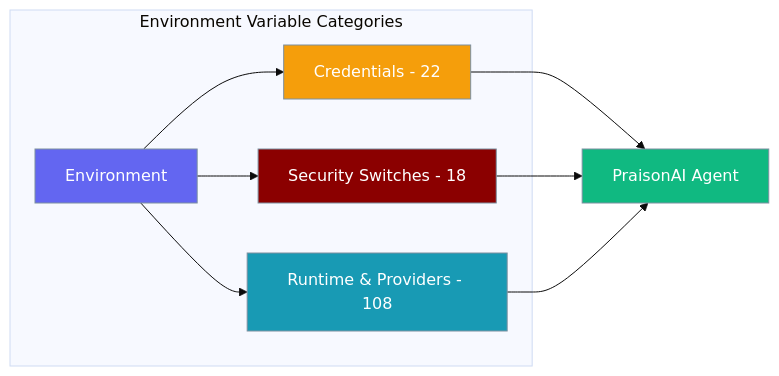
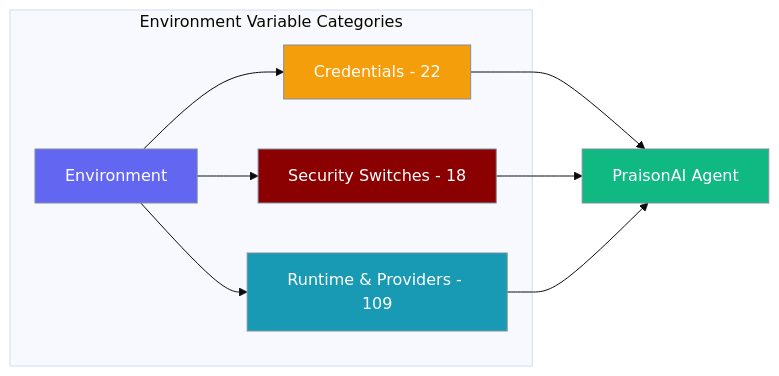
Before and after one commit to MervinPraison/PraisonAIDocs: the diagram in docs/features/environment-variables.mdx, drawn with Mermaid (base theme). The commit also changed other lines of this file, not shown here.

````diff
--- a/docs/features/environment-variables.mdx
+++ b/docs/features/environment-variables.mdx
@@ -24,24 +24,24 @@
 ```mermaid
 graph LR
     subgraph "Environment Variable Categories"
         Env[Environment] --> Creds[Credentials - 22]
         Env --> Sec[Security Switches - 18]
-        Env --> Runtime[Runtime & Providers - 108]
+        Env --> Runtime[Runtime & Providers - 109]
     end
 
     Creds --> Agent[PraisonAI Agent]
     Sec --> Agent
     Runtime --> Agent
 
     classDef env fill:#6366F1,stroke:#7C90A0,color:#fff
     classDef creds fill:#F59E0B,stroke:#7C90A0,color:#fff
     classDef sec fill:#8B0000,stroke:#7C90A0,color:#fff
     classDef runtime fill:#189AB4,stroke:#7C90A0,color:#fff
     classDef agent fill:#10B981,stroke:#7C90A0,color:#fff
 
     class Env env
     class Creds creds
     class Sec sec
     class Runtime runtime
     class Agent agent
 ```
````
